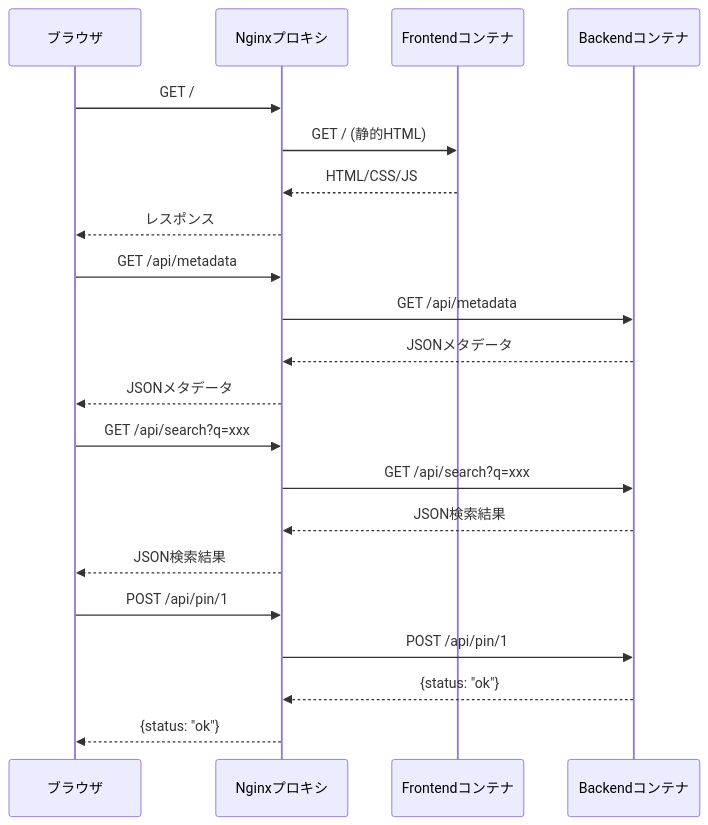
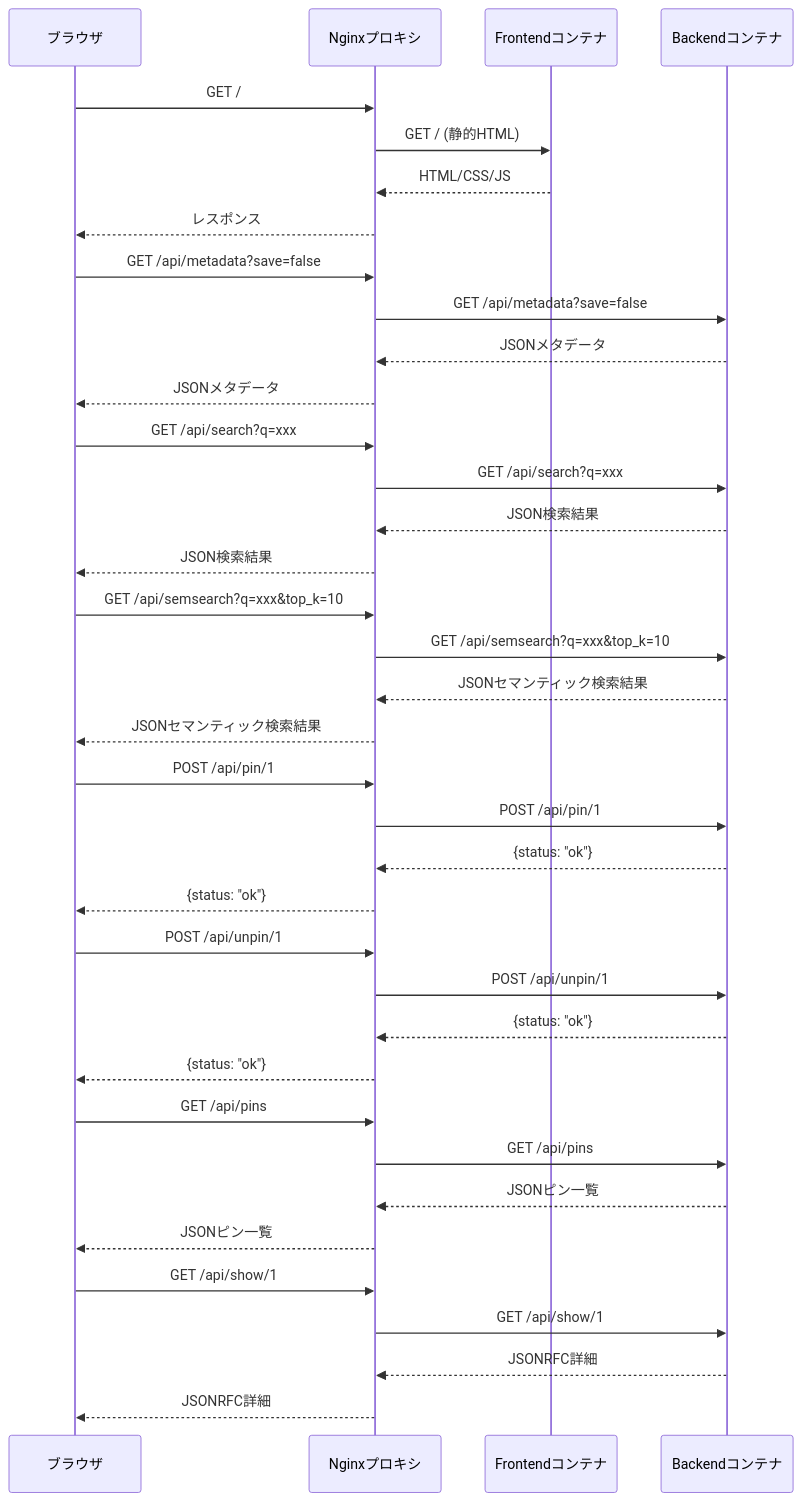
One commit to tamai-hideyuki/rfc-chronicle changed the diagram in docs/milestone08.md. Above: the diagram before and after it, drawn with Mermaid. The commit also changed 5 other files, not shown here.

````diff
--- a/docs/milestone08.md
+++ b/docs/milestone08.md
@@ -22,27 +22,47 @@
 ```mermaid
 sequenceDiagram
   participant Browser as ブラウザ
   participant Proxy as Nginxプロキシ
   participant Front as Frontendコンテナ
   participant Back as Backendコンテナ
 
   Browser->>Proxy: GET /
   Proxy->>Front: GET / (静的HTML)
   Front-->>Proxy: HTML/CSS/JS
   Proxy-->>Browser: レスポンス
 
-  Browser->>Proxy: GET /api/metadata
-  Proxy->>Back: GET /api/metadata
+  Browser->>Proxy: GET /api/metadata?save=false
+  Proxy->>Back: GET /api/metadata?save=false
   Back-->>Proxy: JSONメタデータ
   Proxy-->>Browser: JSONメタデータ
 
   Browser->>Proxy: GET /api/search?q=xxx
   Proxy->>Back: GET /api/search?q=xxx
   Back-->>Proxy: JSON検索結果
   Proxy-->>Browser: JSON検索結果
 
+  Browser->>Proxy: GET /api/semsearch?q=xxx&top_k=10
+  Proxy->>Back: GET /api/semsearch?q=xxx&top_k=10
+  Back-->>Proxy: JSONセマンティック検索結果
+  Proxy-->>Browser: JSONセマンティック検索結果
+
   Browser->>Proxy: POST /api/pin/1
   Proxy->>Back: POST /api/pin/1
   Back-->>Proxy: {status: "ok"}
   Proxy-->>Browser: {status: "ok"}
+
+  Browser->>Proxy: POST /api/unpin/1
+  Proxy->>Back: POST /api/unpin/1
+  Back-->>Proxy: {status: "ok"}
+  Proxy-->>Browser: {status: "ok"}
+
+  Browser->>Proxy: GET /api/pins
+  Proxy->>Back: GET /api/pins
+  Back-->>Proxy: JSONピン一覧
+  Proxy-->>Browser: JSONピン一覧
+
+  Browser->>Proxy: GET /api/show/1
+  Proxy->>Back: GET /api/show/1
+  Back-->>Proxy: JSONRFC詳細
+  Proxy-->>Browser: JSONRFC詳細
 ```
````
